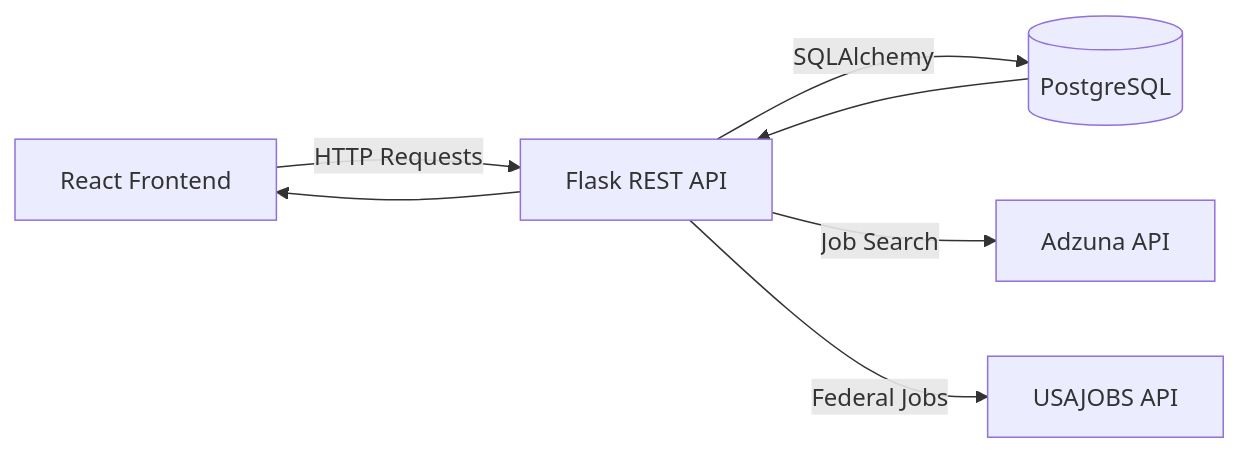
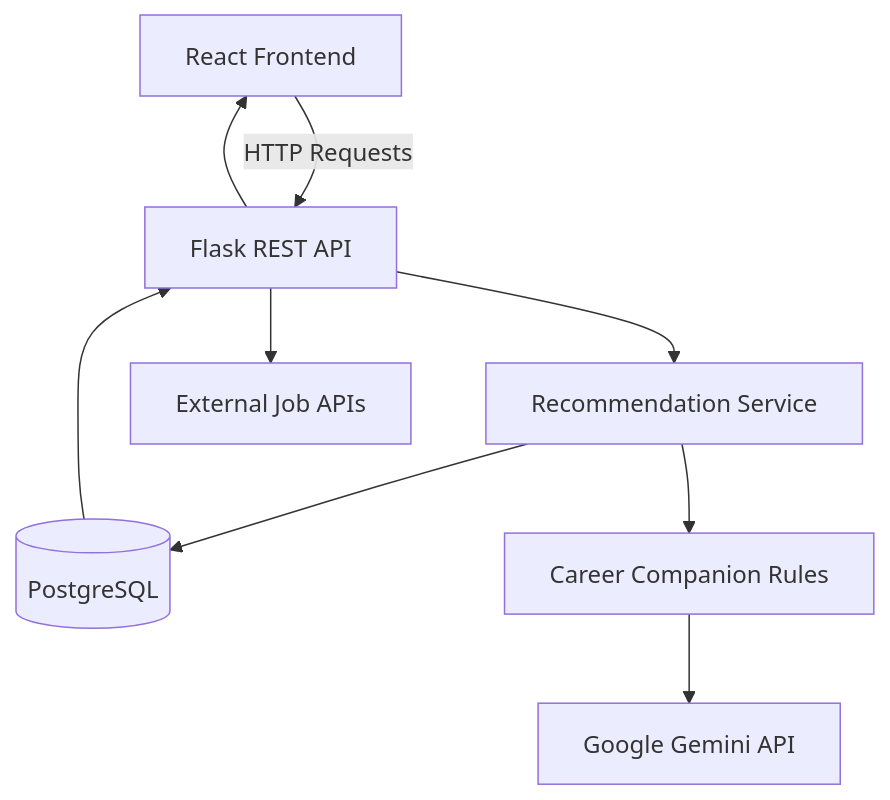
The first of 3 diagrams in README.md (ashlibriggs/career-companion), drawn with Mermaid before and after one commit. The commit also changed other lines of this file, not shown here.

Commit message:
docs: update README for Career Companion AI

````diff
--- a/README.md
+++ b/README.md
@@ -235,25 +234,33 @@
 ```mermaid
-flowchart LR
+flowchart TD
 
 A[React Frontend]
 
 B[Flask REST API]
 
-C[(PostgreSQL)]
+C[Recommendation Service]
 
-D[Adzuna API]
+D[(PostgreSQL)]
 
-E[USAJOBS API]
+E[Career Companion Rules]
+
+F[Google Gemini API]
+
+G[External Job APIs]
 
 A -->|HTTP Requests| B
 
-B -->|SQLAlchemy| C
+B --> C
 
-B -->|Job Search| D
+C --> D
 
-B -->|Federal Jobs| E
+C --> E
 
-C --> B
+E --> F
+
+B --> G
+
+D --> B
 
 B --> A
 ```
````
